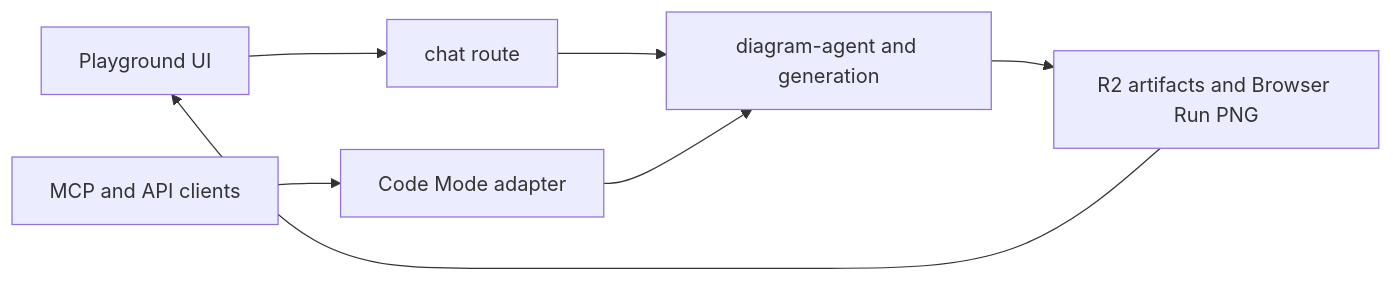
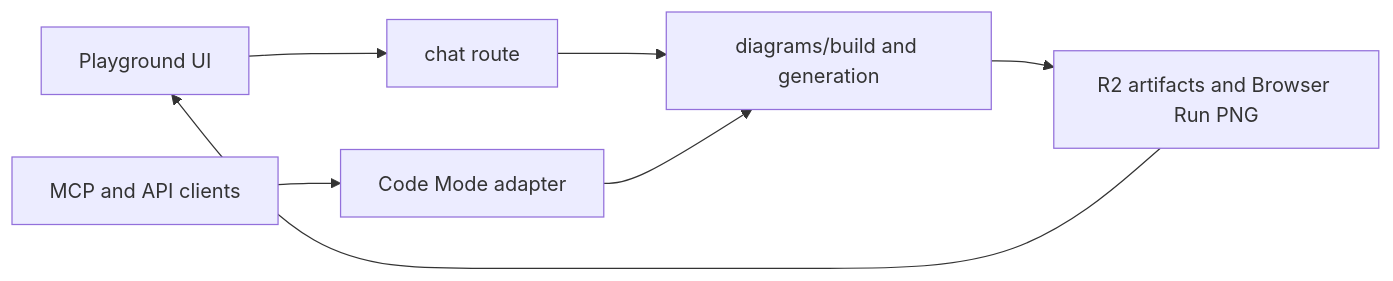
Before and after one commit to shpitdev/sketchi: the diagram in apps/playground/README.md, drawn with Mermaid. The commit also changed 803 other files, not shown here.

Commit message:
refactor(diagrams): move family graph build and generation ownership

````diff
--- a/apps/playground/README.md
+++ b/apps/playground/README.md
@@ -7,9 +7,9 @@
 ```mermaid
 flowchart LR
   UI["Playground UI"] --> Chat["chat route"]
   Harness["MCP and API clients"] --> CodeMode["Code Mode adapter"]
-  Chat --> Runtime["diagram-agent and generation"]
+  Chat --> Runtime["diagrams/build and generation"]
   CodeMode --> Runtime
   Runtime --> Artifacts["R2 artifacts and Browser Run PNG"]
   Artifacts --> UI
 ```
````
